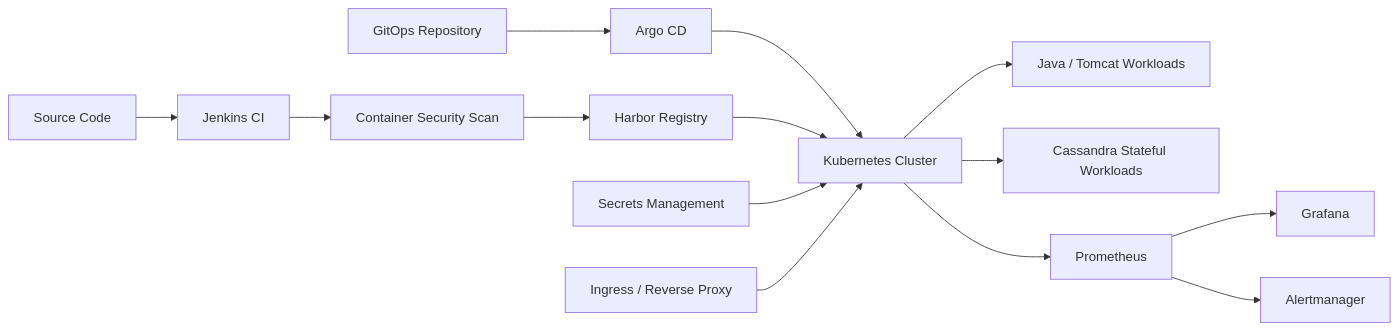
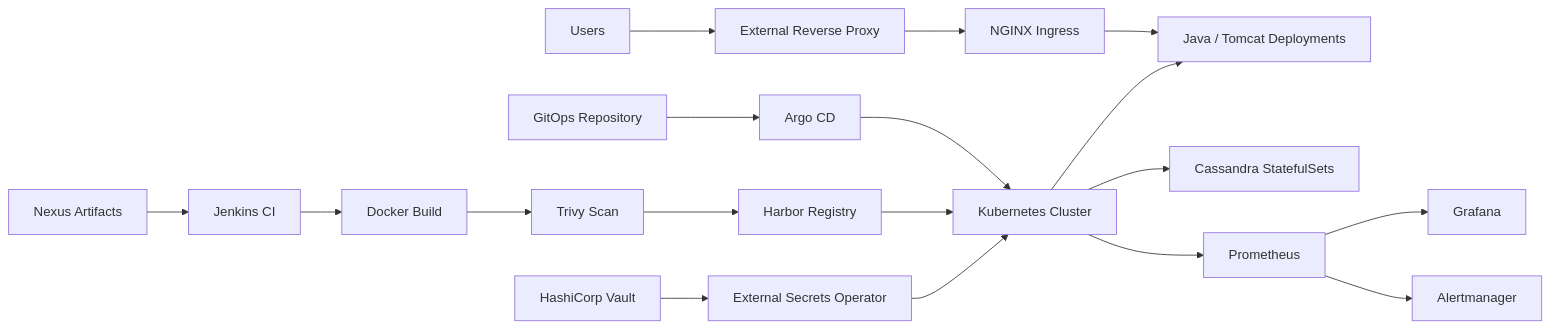
The diagram in README.md (Mechida-Aymen/kubernetes-gitops-case-study), drawn with Mermaid before and after one commit. The commit also changed other lines of this file, not shown here.

````diff
--- a/README.md
+++ b/README.md
@@ -42,22 +51,25 @@
 ```mermaid
 flowchart LR
-    DEV[Source Code] --> CI[Jenkins CI]
-    CI --> SCAN[Container Security Scan]
-    SCAN --> REG[Harbor Registry]
+    NEXUS[Nexus Artifacts] --> JENKINS[Jenkins CI]
+    JENKINS --> BUILD[Docker Build]
+    BUILD --> TRIVY[Trivy Scan]
+    TRIVY --> HARBOR[Harbor Registry]
 
     GIT[GitOps Repository] --> ARGO[Argo CD]
     ARGO --> K8S[Kubernetes Cluster]
+    HARBOR --> K8S
 
-    REG --> K8S
+    USER[Users] --> RP[External Reverse Proxy]
+    RP --> ING[NGINX Ingress]
+    ING --> APP[Java / Tomcat Deployments]
 
-    K8S --> WEB[Java / Tomcat Workloads]
-    K8S --> DB[Cassandra Stateful Workloads]
+    K8S --> APP
+    K8S --> CASS[Cassandra StatefulSets]
 
-    VAULT[Secrets Management] --> K8S
+    VAULT[HashiCorp Vault] --> ESO[External Secrets Operator]
+    ESO --> K8S
 
     K8S --> PROM[Prometheus]
     PROM --> GRAF[Grafana]
     PROM --> ALERT[Alertmanager]
-
-    INGRESS[Ingress / Reverse Proxy] --> K8S
 ```
````
